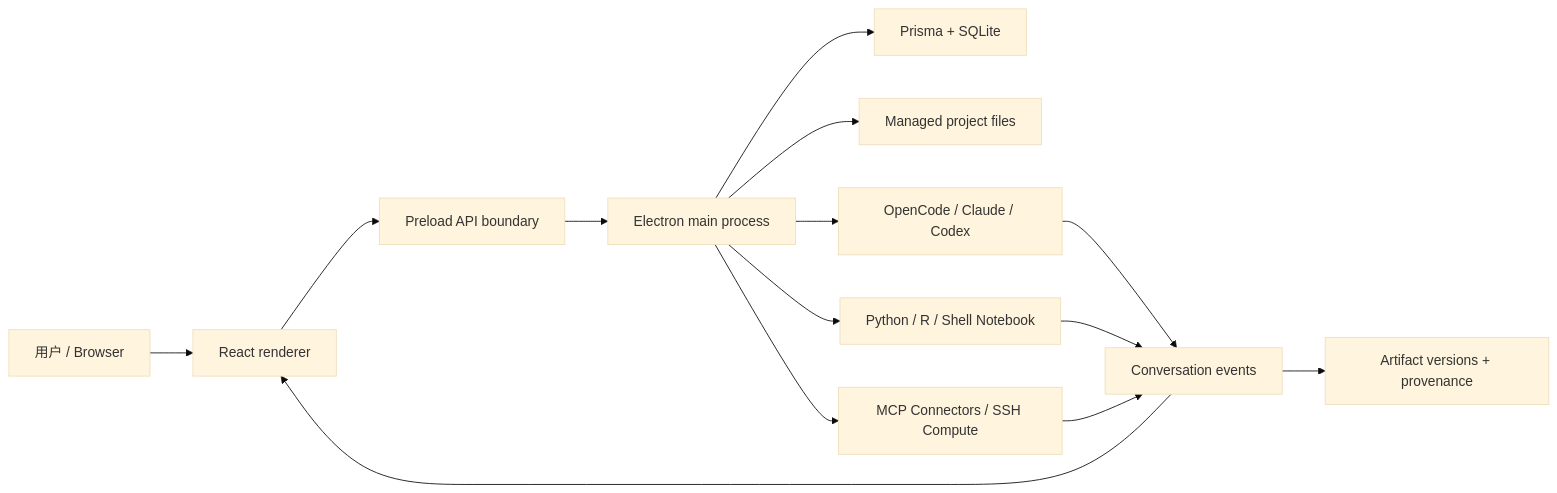
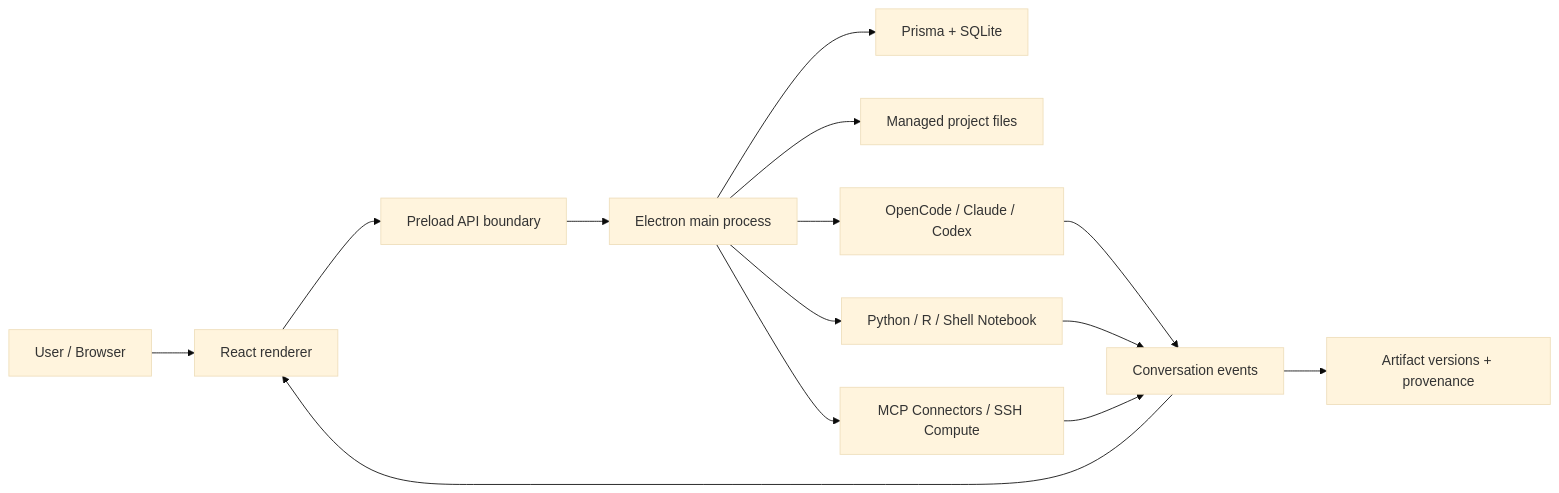
Before and after one commit to roxi3906/openscience-wiki: the diagram in docs/reference/architecture.md, drawn with Mermaid (base theme). The commit also changed other lines of this file and 68 other files, not shown here.

````diff
--- a/docs/reference/architecture.md
+++ b/docs/reference/architecture.md
@@ -10,16 +10,16 @@
 ```mermaid
 flowchart LR
-  U["用户 / Browser"] --> R["React renderer"]
+  U["User / Browser"] --> R["React renderer"]
   R --> P["Preload API boundary"]
   P --> M["Electron main process"]
   M --> DB["Prisma + SQLite"]
   M --> FS["Managed project files"]
   M --> A["OpenCode / Claude / Codex"]
   M --> N["Python / R / Shell Notebook"]
   M --> C["MCP Connectors / SSH Compute"]
   A --> E["Conversation events"]
   N --> E
   C --> E
   E --> R
   E --> V["Artifact versions + provenance"]
 ```
````
